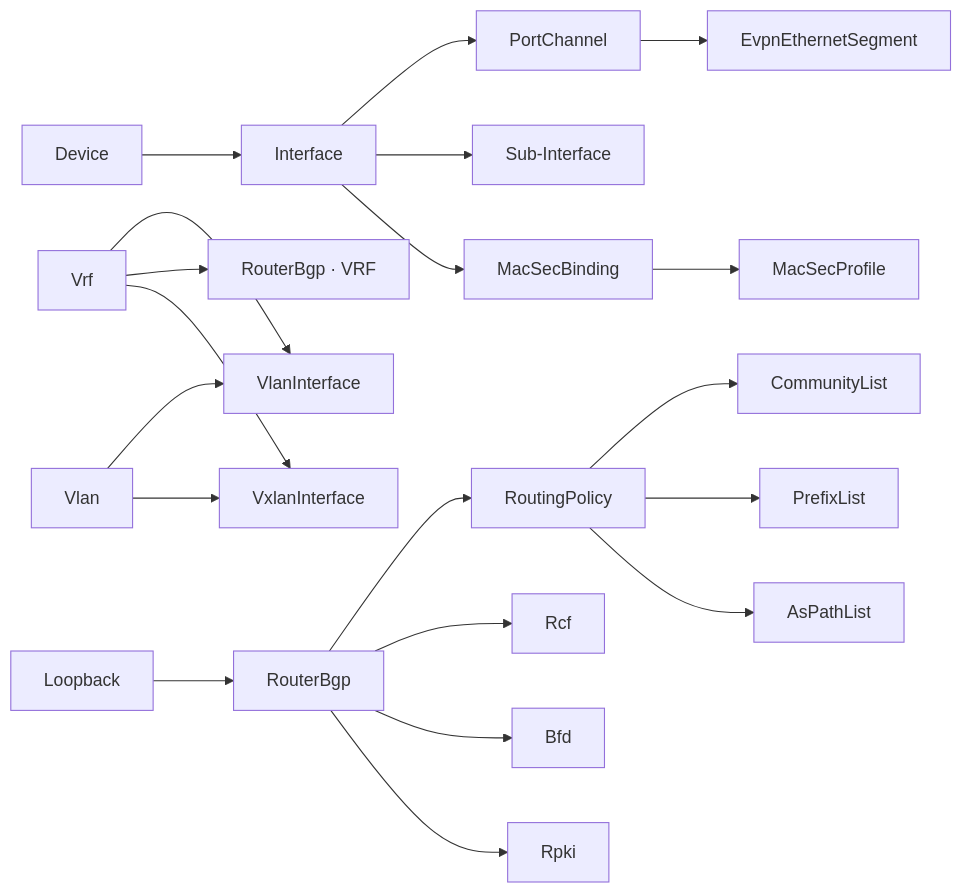
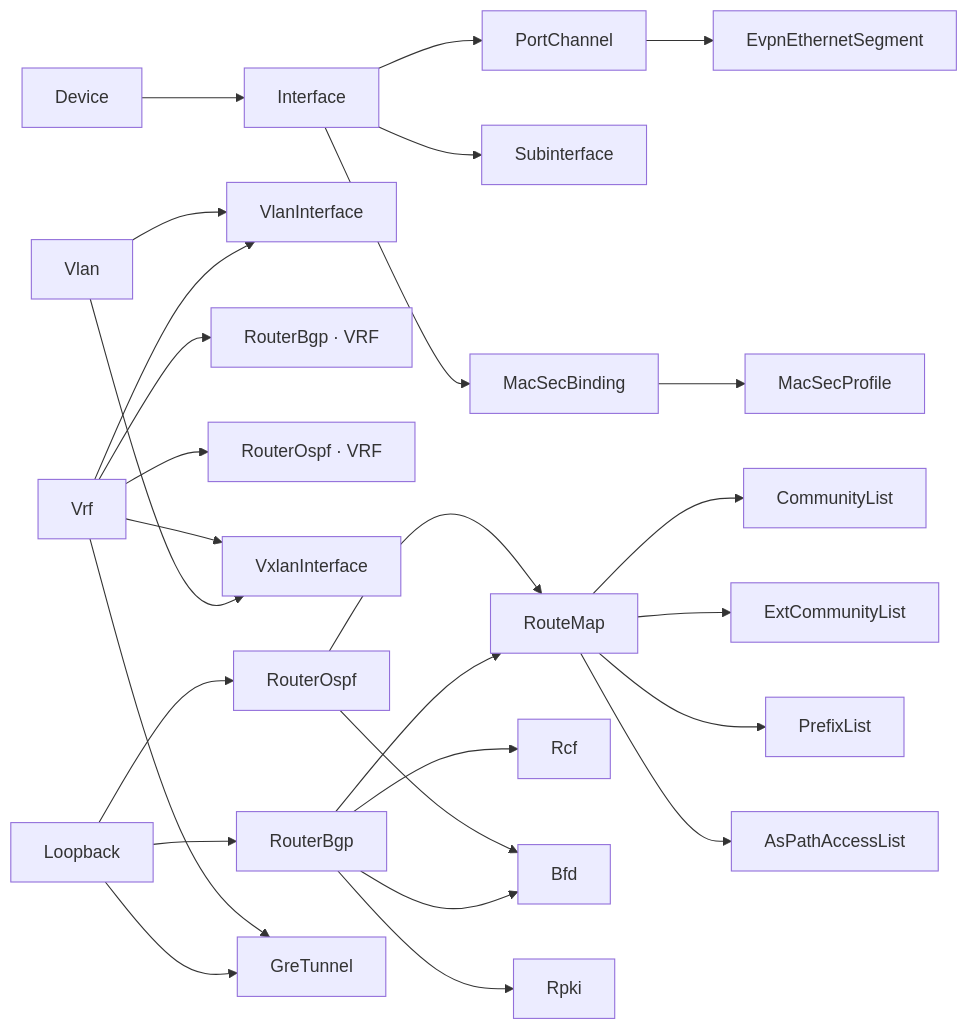
One commit to dantte-lp/pulumi-eos changed the diagram in docs/03-resource-catalog.md. Above: the diagram before and after it, drawn with Mermaid. The commit also changed 8 other files, not shown here.

````diff
--- a/docs/03-resource-catalog.md
+++ b/docs/03-resource-catalog.md
@@ -261,22 +261,29 @@
 ```mermaid
 graph LR
   Device[Device] --> Iface[Interface]
   Iface --> PC[PortChannel]
-  Iface --> Sub[Sub-Interface]
+  Iface --> Sub[Subinterface]
   PC --> ESI[EvpnEthernetSegment]
   Iface --> MacBind[MacSecBinding]
   MacBind --> MacProf[MacSecProfile]
   Vrf[Vrf] --> SVI[VlanInterface]
   Vrf --> RouterBgpVrf[RouterBgp · VRF]
+  Vrf --> RouterOspfVrf[RouterOspf · VRF]
   Vlan[Vlan] --> SVI
   Vlan --> Vxlan[VxlanInterface]
   Vrf --> Vxlan
   Loopback[Loopback] --> RouterBgp[RouterBgp]
-  RouterBgp --> RoutingPolicy[RoutingPolicy]
+  Loopback --> RouterOspf[RouterOspf]
+  Loopback --> GreTunnel[GreTunnel]
+  Vrf --> GreTunnel
+  RouterBgp --> RouteMap[RouteMap]
   RouterBgp --> Rcf[Rcf]
   RouterBgp --> Bfd[Bfd]
   RouterBgp --> Rpki[Rpki]
-  RoutingPolicy --> CommunityList[CommunityList]
-  RoutingPolicy --> PrefixList[PrefixList]
-  RoutingPolicy --> AsPathList[AsPathList]
+  RouterOspf --> RouteMap
+  RouterOspf --> Bfd
+  RouteMap --> CommunityList[CommunityList]
+  RouteMap --> ExtCommunityList[ExtCommunityList]
+  RouteMap --> PrefixList[PrefixList]
+  RouteMap --> AsPathAccessList[AsPathAccessList]
 ```
````
